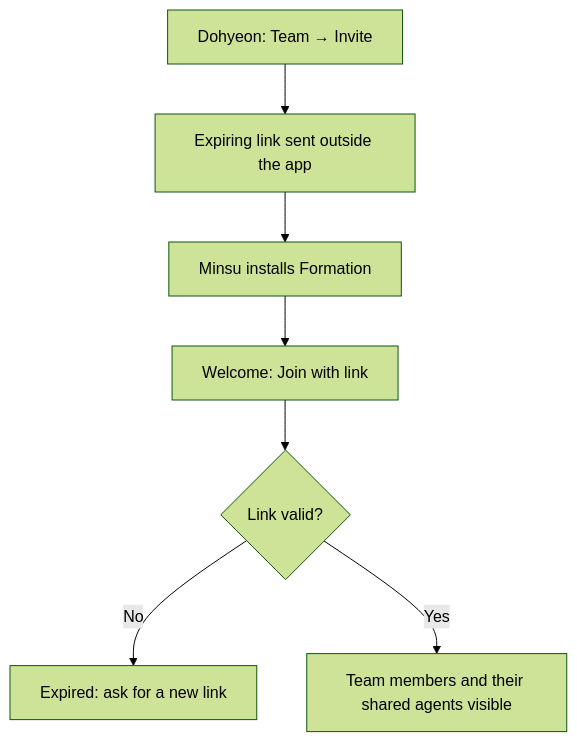
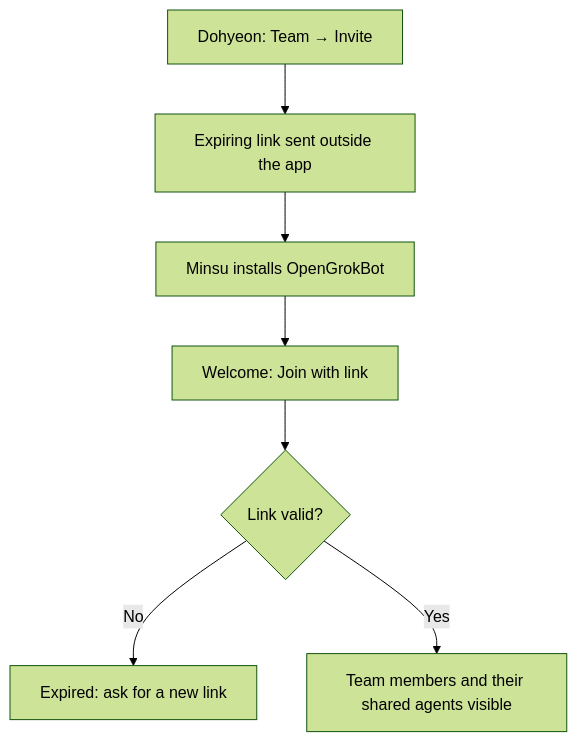
The fifth of 7 diagrams in documentations/3_screen_list_and_user_flows.md (callmejustdodo/OpenGrokBot), drawn with Mermaid (forest theme) before and after one commit. The commit also changed other lines of this file and 42 other files, not shown here.

First line of the commit message:
chore(brand): show the product as OpenGrokBot wherever users see its name (#142)

````diff
--- a/documentations/3_screen_list_and_user_flows.md
+++ b/documentations/3_screen_list_and_user_flows.md
@@ -239,8 +239,8 @@
 ```mermaid
 flowchart TD
   A[Dohyeon: Team → Invite] --> B[Expiring link sent outside the app]
-  B --> C[Minsu installs Formation] --> D[Welcome: Join with link]
+  B --> C[Minsu installs OpenGrokBot] --> D[Welcome: Join with link]
   D --> E{Link valid?}
   E -- No --> F[Expired: ask for a new link]
   E -- Yes --> G[Team members and their shared agents visible]
 ```
````
